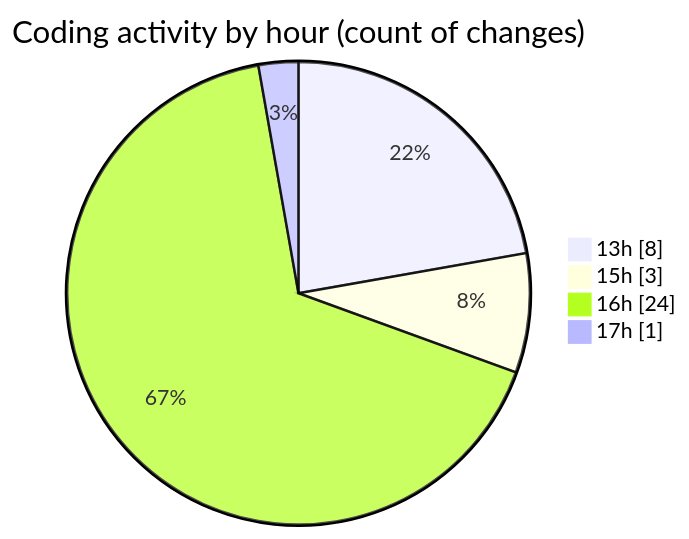
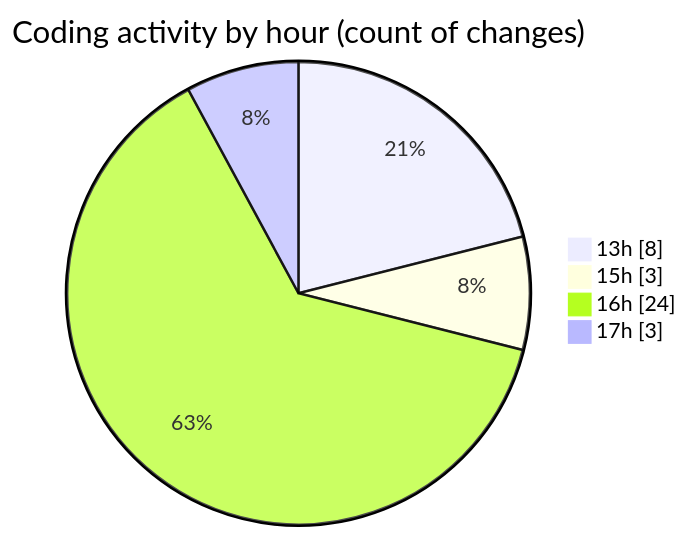
The second of 2 diagrams in 2025-08-01/nxtqube_webapp/README.md (nxtqubesakshisongat/code-tracking), drawn with Mermaid before and after one commit. The commit also changed other lines of this file and 1 other file, not shown here.

````diff
--- a/2025-08-01/nxtqube_webapp/README.md
+++ b/2025-08-01/nxtqube_webapp/README.md
@@ -34,8 +35,8 @@
 ```mermaid
 pie showData
 title Coding activity by hour (count of changes)
 "13h" : 8
 "15h" : 3
 "16h" : 24
-"17h" : 1
+"17h" : 3
 ```
````
